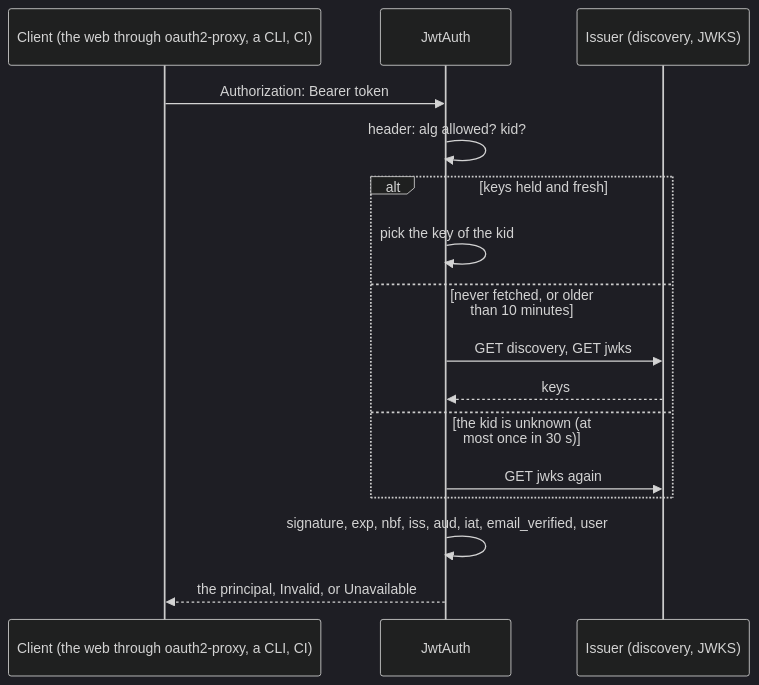
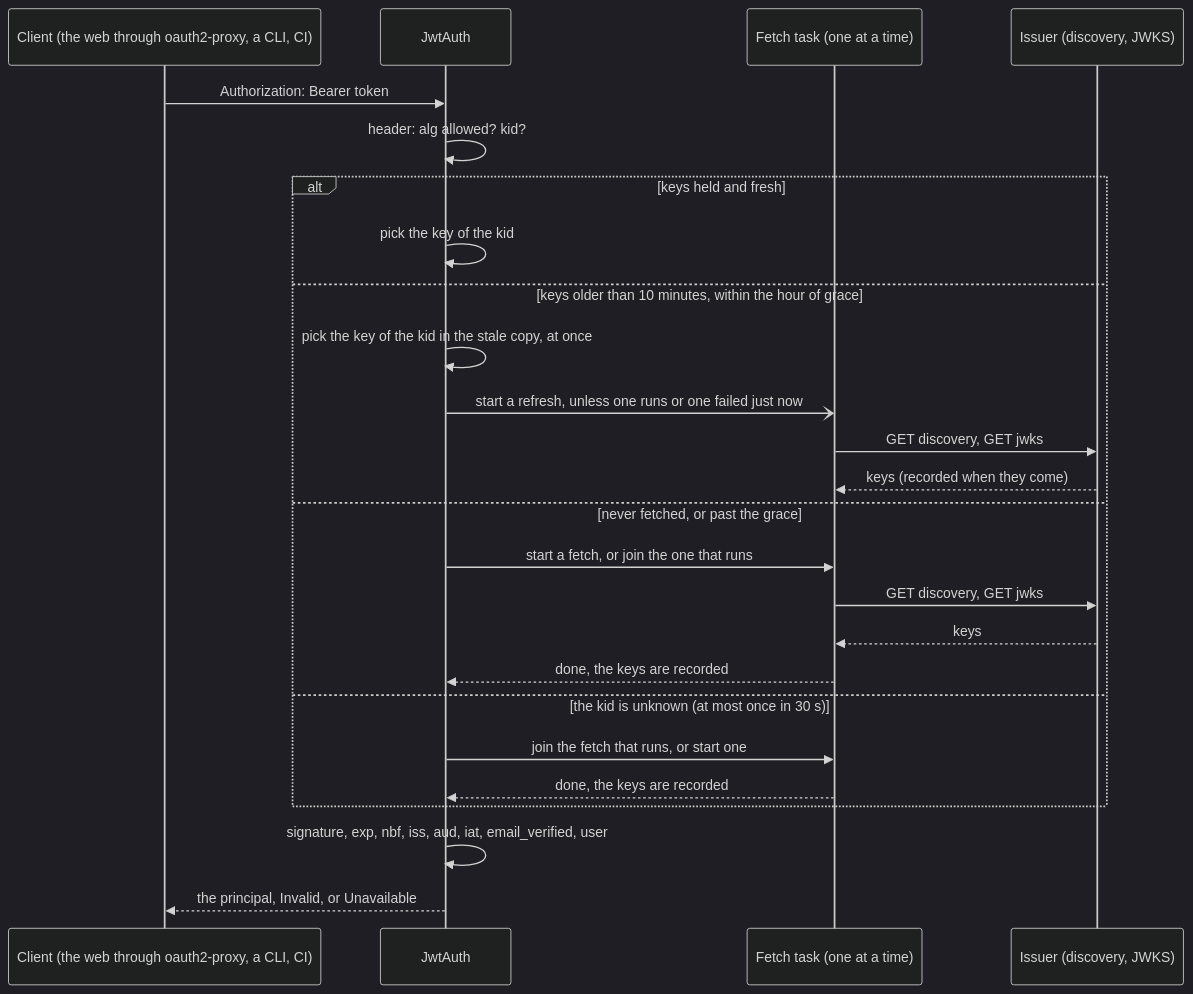
One commit to vymalo/another-agentic-system changed the first of 3 diagrams in orchestrator/crates/auth-jwt/README.md. Above: the diagram before and after it, drawn with Mermaid (dark theme). The commit also changed other lines of this file and 7 other files, not shown here.

First line of the commit message:
fix(auth-jwt): never hold the key lock across a fetch; serve a stale copy while refreshing

````diff
--- a/orchestrator/crates/auth-jwt/README.md
+++ b/orchestrator/crates/auth-jwt/README.md
@@ -19,18 +19,27 @@
 ```mermaid
 sequenceDiagram
   participant C as Client (the web through oauth2-proxy, a CLI, CI)
   participant A as JwtAuth
+  participant F as Fetch task (one at a time)
   participant I as Issuer (discovery, JWKS)
   C->>A: Authorization: Bearer token
   A->>A: header: alg allowed? kid?
   alt keys held and fresh
     A->>A: pick the key of the kid
-  else never fetched, or older than 10 minutes
-    A->>I: GET discovery, GET jwks
-    I-->>A: keys
+  else keys older than 10 minutes, within the hour of grace
+    A->>A: pick the key of the kid in the stale copy, at once
+    A-)F: start a refresh, unless one runs or one failed just now
+    F->>I: GET discovery, GET jwks
+    I-->>F: keys (recorded when they come)
+  else never fetched, or past the grace
+    A->>F: start a fetch, or join the one that runs
+    F->>I: GET discovery, GET jwks
+    I-->>F: keys
+    F-->>A: done, the keys are recorded
   else the kid is unknown (at most once in 30 s)
-    A->>I: GET jwks again
+    A->>F: join the fetch that runs, or start one
+    F-->>A: done, the keys are recorded
   end
   A->>A: signature, exp, nbf, iss, aud, iat, email_verified, user
   A-->>C: the principal, Invalid, or Unavailable
 ```
````
